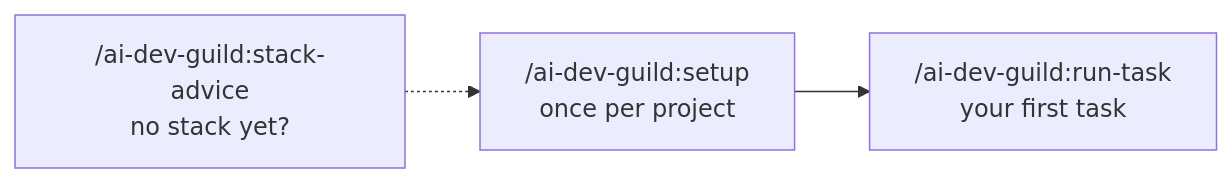
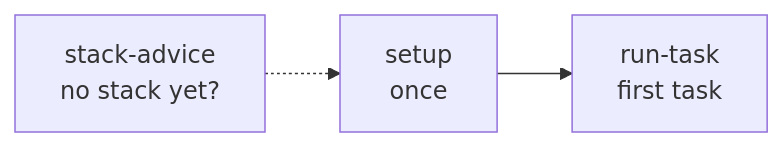
Before and after one commit to mgionas/ai-dev-guild: the second of 2 diagrams in README.md, drawn with Mermaid. The commit also changed other lines of this file, not shown here.

Commit message:
Diagrams that read at phone width

````diff
--- a/README.md
+++ b/README.md
@@ -133,5 +131,5 @@
 ```mermaid
 flowchart LR
-    A["/ai-dev-guild:setup<br>once per project"] --> B["/ai-dev-guild:run-task<br>your first task"]
-    C["/ai-dev-guild:stack-advice<br>no stack yet?"] -.-> A
+    S[stack-advice<br>no stack yet?] -.-> A[setup<br>once]
+    A --> R[run-task<br>first task]
 ```
````
